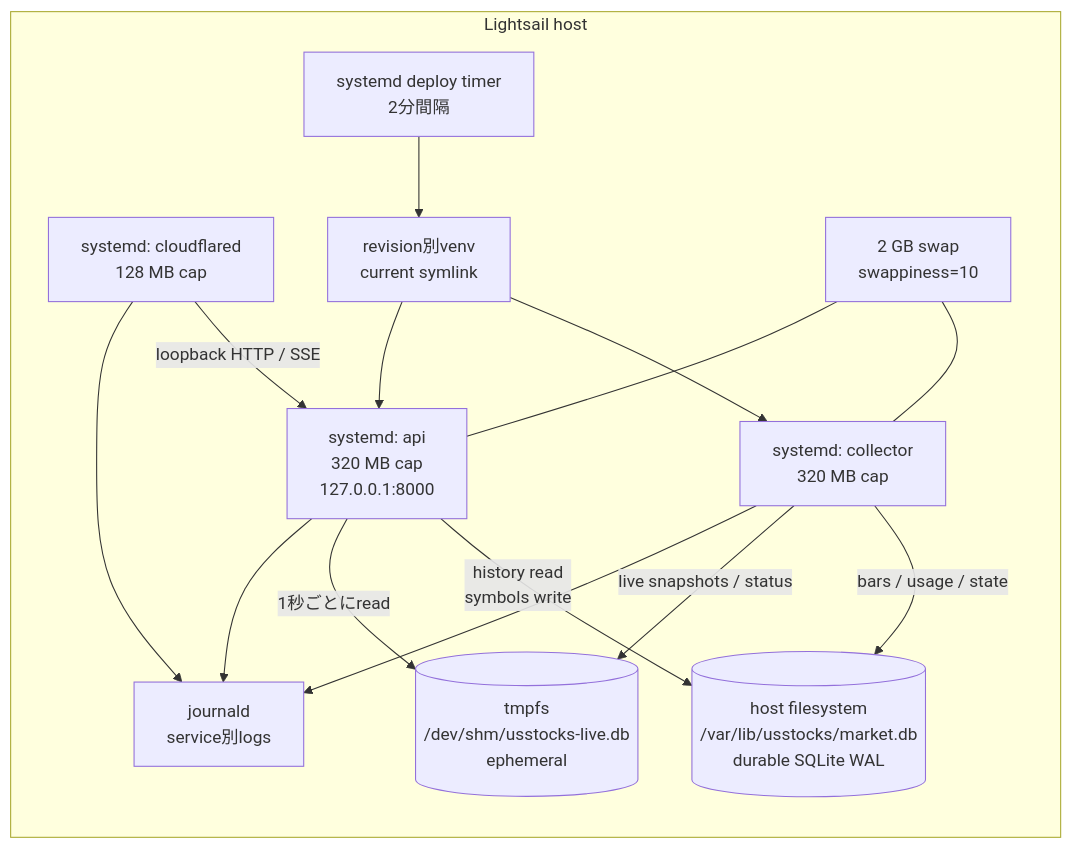
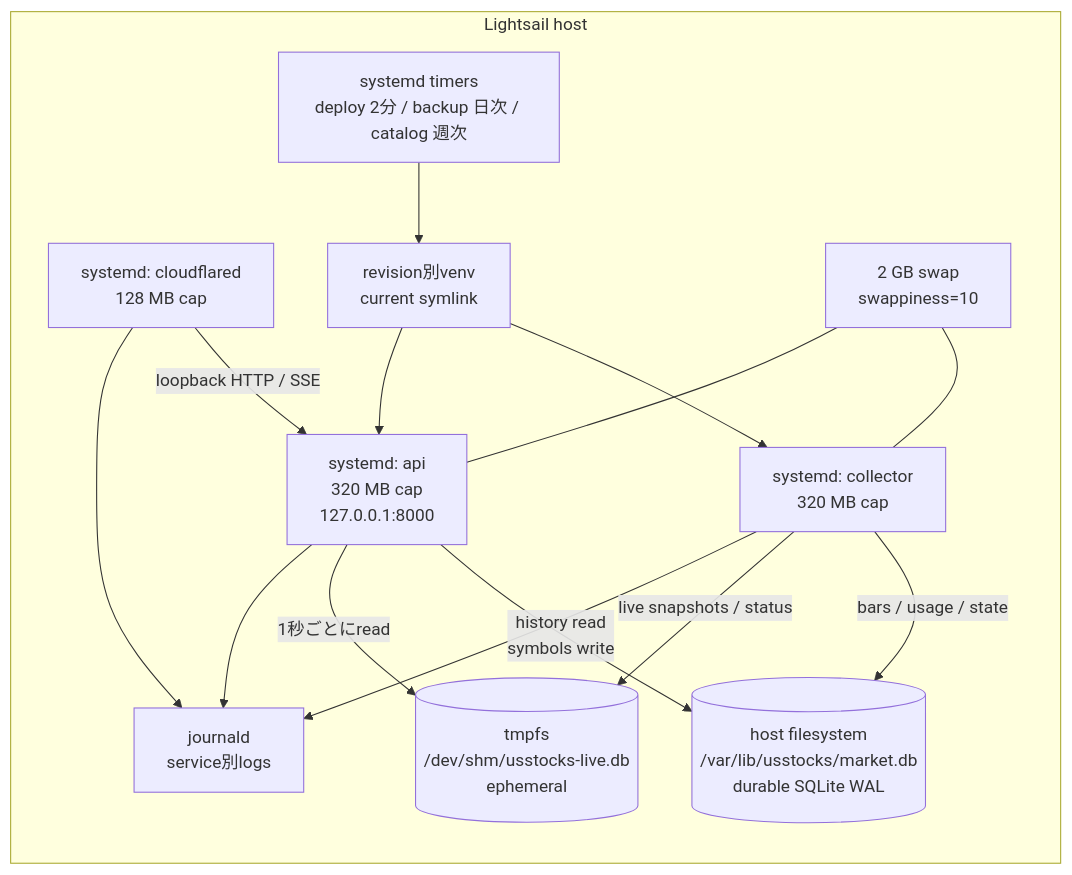
The sixth of 13 diagrams in docs/system-architecture.md (makechair/spelling-inconsistencies), drawn with Mermaid before and after one commit. The commit also changed other lines of this file and 1 other file, not shown here.

````diff
--- a/docs/system-architecture.md
+++ b/docs/system-architecture.md
@@ -214,28 +348,28 @@
 ```mermaid
 flowchart LR
     subgraph HOST["Lightsail host"]
         C["systemd: collector<br/>320 MB cap"]
         A["systemd: api<br/>320 MB cap<br/>127.0.0.1:8000"]
         T["systemd: cloudflared<br/>128 MB cap"]
         MV[("host filesystem<br/>/var/lib/usstocks/market.db<br/>durable SQLite WAL")]
         LV[("tmpfs<br/>/dev/shm/usstocks-live.db<br/>ephemeral")]
         LOG["journald<br/>service別logs"]
-        AGENT["systemd deploy timer<br/>2分間隔"]
+        AGENT["systemd timers<br/>deploy 2分 / backup 日次 / catalog 週次"]
         RELEASE["revision別venv<br/>current symlink"]
         SWAP["2 GB swap<br/>swappiness=10"]
     end
 
     C -->|"bars / usage / state"| MV
     A -->|"history read<br/>symbols write"| MV
     C -->|"live snapshots / status"| LV
     A -->|"1秒ごとにread"| LV
     T -->|"loopback HTTP / SSE"| A
     C --> LOG
     A --> LOG
     T --> LOG
     AGENT --> RELEASE
     RELEASE --> C
     RELEASE --> A
     SWAP --- C
     SWAP --- A
 ```
````
